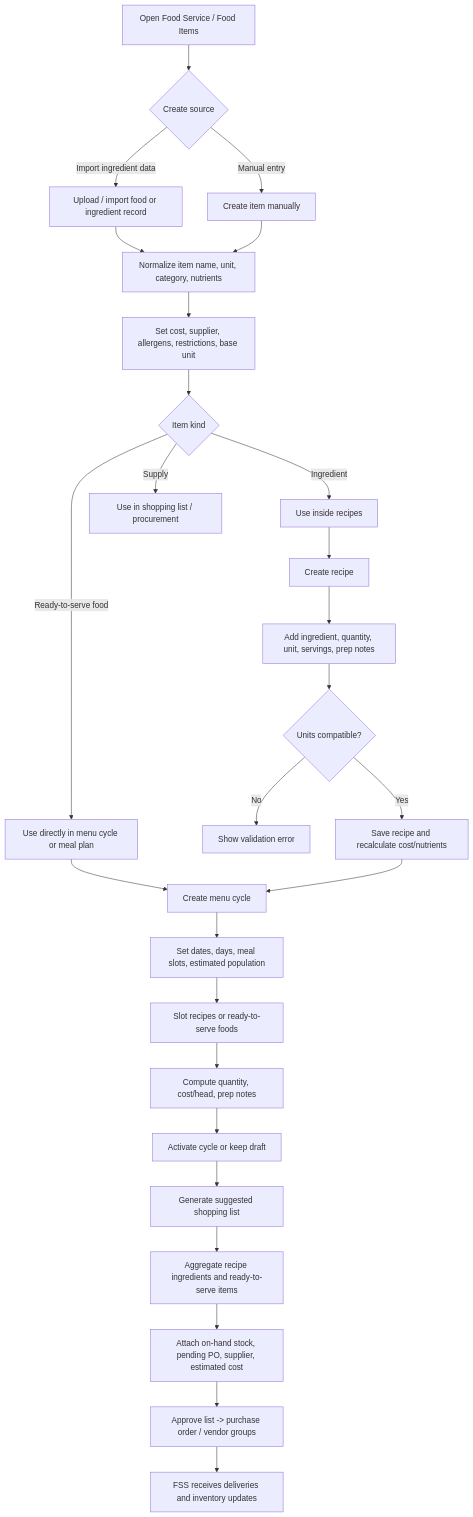
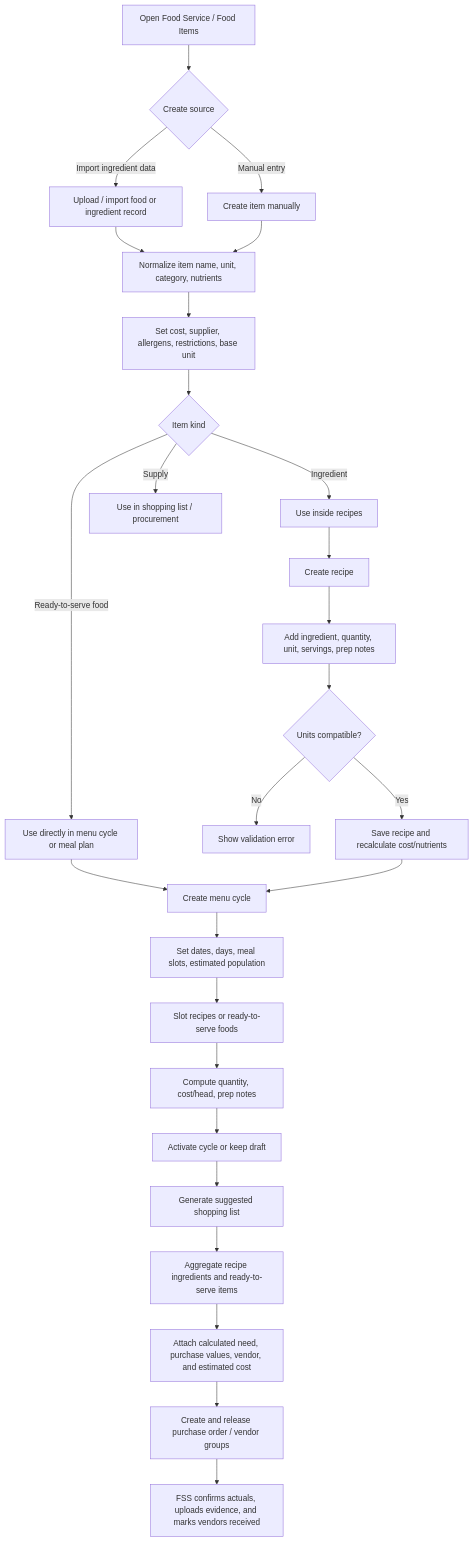
One commit to ja2gc/Nutriscope changed the first of 9 diagrams in docs/module-workflow-flowchart.md. Above: the diagram before and after it, drawn with Mermaid. The commit also changed other lines of this file and 11 other files, not shown here.

````diff
--- a/docs/module-workflow-flowchart.md
+++ b/docs/module-workflow-flowchart.md
@@ -19,33 +21,33 @@
 ```mermaid
 flowchart TD
     A["Open Food Service / Food Items"] --> B{"Create source"}
     B -->|"Import ingredient data"| C["Upload / import food or ingredient record"]
     B -->|"Manual entry"| D["Create item manually"]
 
     C --> E["Normalize item name, unit, category, nutrients"]
     D --> E
     E --> F["Set cost, supplier, allergens, restrictions, base unit"]
     F --> G{"Item kind"}
     G -->|"Ingredient"| H["Use inside recipes"]
     G -->|"Ready-to-serve food"| I["Use directly in menu cycle or meal plan"]
     G -->|"Supply"| J["Use in shopping list / procurement"]
 
     H --> K["Create recipe"]
     K --> K1["Add ingredient, quantity, unit, servings, prep notes"]
     K1 --> K2{"Units compatible?"}
     K2 -->|"No"| K3["Show validation error"]
     K2 -->|"Yes"| K4["Save recipe and recalculate cost/nutrients"]
 
     I --> L["Create menu cycle"]
     K4 --> L
     L --> L1["Set dates, days, meal slots, estimated population"]
     L1 --> L2["Slot recipes or ready-to-serve foods"]
     L2 --> L3["Compute quantity, cost/head, prep notes"]
     L3 --> L4["Activate cycle or keep draft"]
 
     L4 --> M["Generate suggested shopping list"]
     M --> N["Aggregate recipe ingredients and ready-to-serve items"]
-    N --> O["Attach on-hand stock, pending PO, supplier, estimated cost"]
-    O --> P["Approve list -> purchase order / vendor groups"]
-    P --> Q["FSS receives deliveries and inventory updates"]
+    N --> O["Attach calculated need, purchase values, vendor, and estimated cost"]
+    O --> P["Create and release purchase order / vendor groups"]
+    P --> Q["FSS confirms actuals, uploads evidence, and marks vendors received"]
 ```
````
